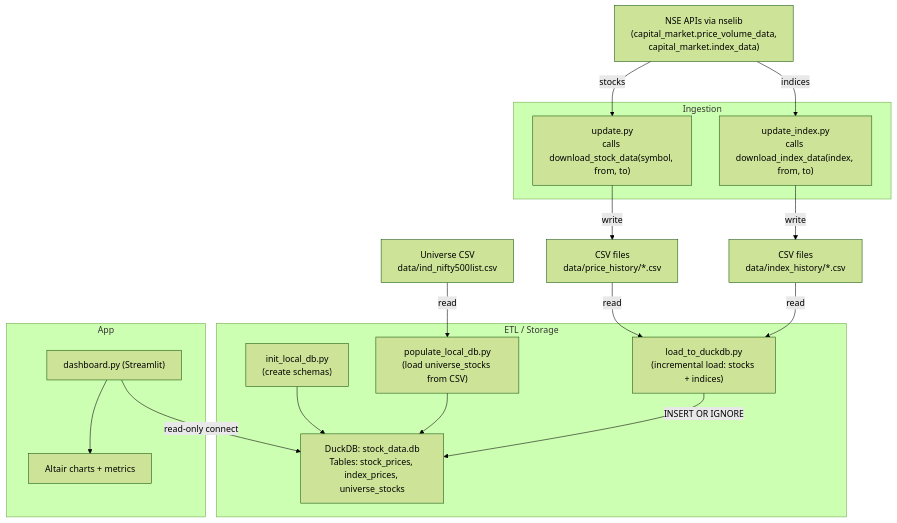
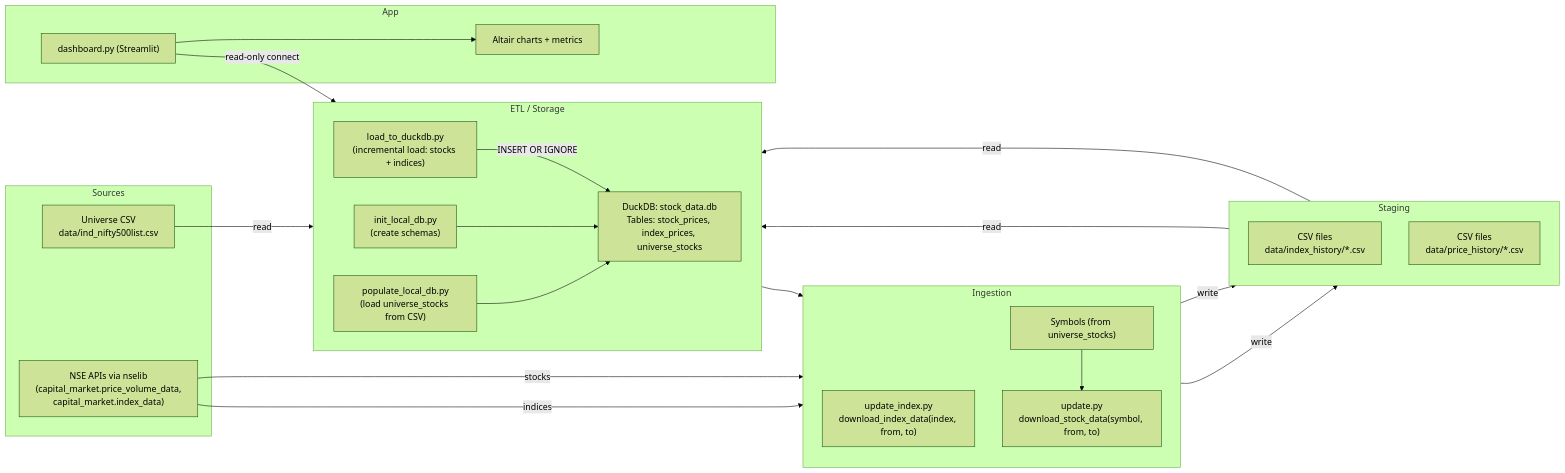
Before and after one commit to shayanrc/stockdash: the diagram in ARCHITECTURE.md, drawn with Mermaid (forest theme). The commit also changed other lines of this file, not shown here.

Commit message:
Update architecture diagram.

````diff
--- a/ARCHITECTURE.md
+++ b/ARCHITECTURE.md
@@ -7,43 +7,54 @@
 ```mermaid
-graph TD
-  A["NSE APIs via nselib<br/>(capital_market.price_volume_data,<br/>capital_market.index_data)"]
+graph LR
+
+  subgraph Sources
+    A["NSE APIs via nselib<br/>(capital_market.price_volume_data,<br/>capital_market.index_data)"]
+    C0["Universe CSV<br/>data/ind_nifty500list.csv"]
+  end
 
   subgraph Ingestion
-    B1["update.py<br/>calls download_stock_data(symbol, from, to)"]
-    B2["update_index.py<br/>calls download_index_data(index, from, to)"]
+    direction TB
+    B2["update_index.py<br/>download_index_data(index, from, to)"]
+    B1["update.py<br/>download_stock_data(symbol, from, to)"]
+    H["Symbols (from universe_stocks)"]
   end
 
-  C1["CSV files<br/>data/price_history/*.csv"]
-  C2["CSV files<br/>data/index_history/*.csv"]
-  C0["Universe CSV<br/>data/ind_nifty500list.csv"]
+  subgraph Staging
+    direction TB
+    C2["CSV files<br/>data/index_history/*.csv"]
+    C1["CSV files<br/>data/price_history/*.csv"]
+  end
 
   subgraph ETL / Storage
+    direction LR
     D0["init_local_db.py<br/>(create schemas)"]
     D1["populate_local_db.py<br/>(load universe_stocks from CSV)"]
     D2["load_to_duckdb.py<br/>(incremental load: stocks + indices)"]
     E["DuckDB: stock_data.db<br/>Tables: stock_prices, index_prices, universe_stocks"]
   end
 
   subgraph App
     F["dashboard.py (Streamlit)"]
     G["Altair charts + metrics"]
   end
 
-  A -->|"stocks"| B1
-  A -->|"indices"| B2
+  %% Flows
+  A -->|indices| B2
+  A -->|stocks| B1
+  B2 -->|write| C2
+  B1 -->|write| C1
+  C2 -->|read| D2
+  C1 -->|read| D2
+  D2 -->|INSERT OR IGNORE| E
 
-  B1 -->|"write"| C1
-  B2 -->|"write"| C2
-
-  C1 -->|"read"| D2
-  C2 -->|"read"| D2
-
-  C0 -->|"read"| D1
-
+  C0 -->|read| D1
   D0 --> E
   D1 --> E
-  D2 -->|"INSERT OR IGNORE"| E
 
-  F -->|"read-only connect"| E
+  %% Universe symbols exposed near ingestion to avoid crossing blocks
+  E --> H
+  H --> B1
+
+  F -->|read-only connect| E
   F --> G
 ```
````
